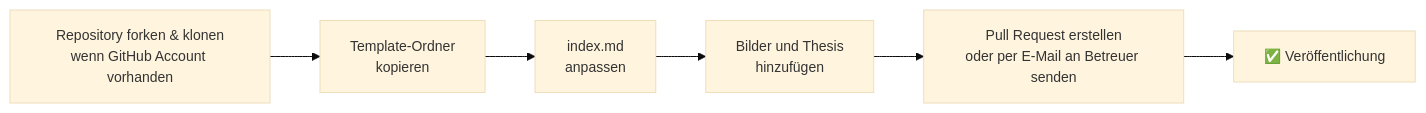
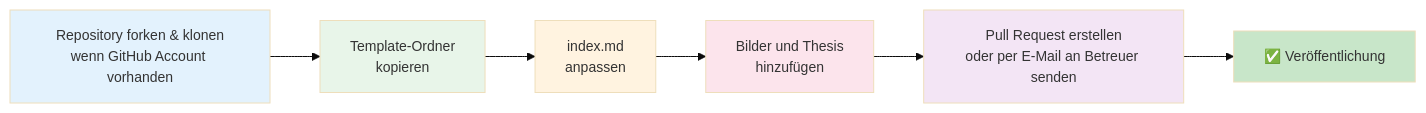
Before and after one commit to th-koeln/mi-bachelor-abschlussarbeiten: the diagram in README.md, drawn with Mermaid.

Commit message:
Update flowchart styles in README.md
Added styles for flowchart elements in README.

````diff
--- a/README.md
+++ b/README.md
@@ -9,10 +9,17 @@
 ```mermaid
 %%{init: {'theme':'base', 'themeVariables': { 'fontSize':'14px'}}}%%
 flowchart LR
     A[Repository forken & klonen<br/>wenn GitHub Account vorhanden] --> B[Template-Ordner<br/>kopieren]
     B --> C[index.md<br/>anpassen]
     C --> D[Bilder und Thesis<br/>hinzufügen]
     D --> E[Pull Request erstellen<br/>oder per E-Mail an Betreuer senden]
     E --> F[✅ Veröffentlichung]
-    
+
+    style A fill:#e3f2fd
+    style B fill:#e8f5e9
+    style C fill:#fff3e0
+    style D fill:#fce4ec
+    style E fill:#f3e5f5
+    style F fill:#c8e6c9
+
 ```
````
